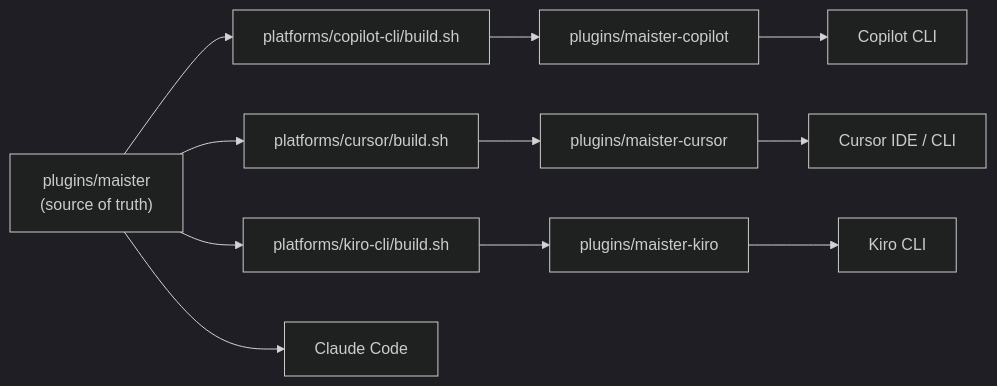
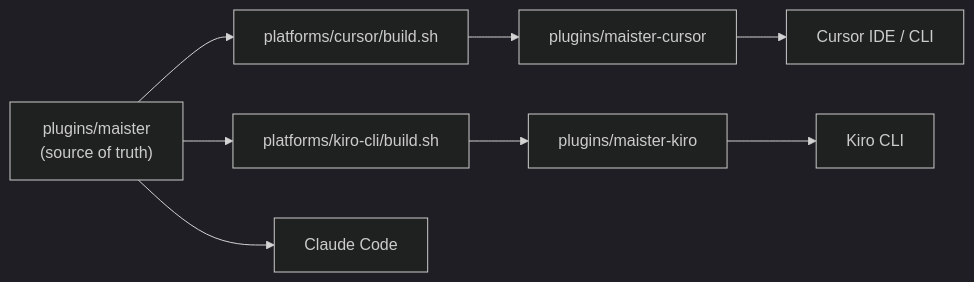
One commit to mateuszrapacz/maister changed the diagram in docs/cursor-agent-support.md. Above: the diagram before and after it, drawn with Mermaid (dark theme). The commit also changed other lines of this file and 280 other files, not shown here.

````diff
--- a/docs/cursor-agent-support.md
+++ b/docs/cursor-agent-support.md
@@ -109,19 +107,15 @@
 ```mermaid
 flowchart LR
   CORE["plugins/maister<br/>(source of truth)"]
-  BUILD_COPILOT["platforms/copilot-cli/build.sh"]
   BUILD_CURSOR["platforms/cursor/build.sh"]
   BUILD_KIRO["platforms/kiro-cli/build.sh"]
-  COPILOT["plugins/maister-copilot"]
   CURSOR["plugins/maister-cursor"]
   KIRO["plugins/maister-kiro"]
   CLAUDE["Claude Code"]
-  COPILOT_CLI["Copilot CLI"]
   CURSOR_AGENT["Cursor IDE / CLI"]
   KIRO_CLI["Kiro CLI"]
 
-  CORE --> BUILD_COPILOT --> COPILOT --> COPILOT_CLI
   CORE --> BUILD_CURSOR --> CURSOR --> CURSOR_AGENT
   CORE --> BUILD_KIRO --> KIRO --> KIRO_CLI
   CORE --> CLAUDE
 ```
````
